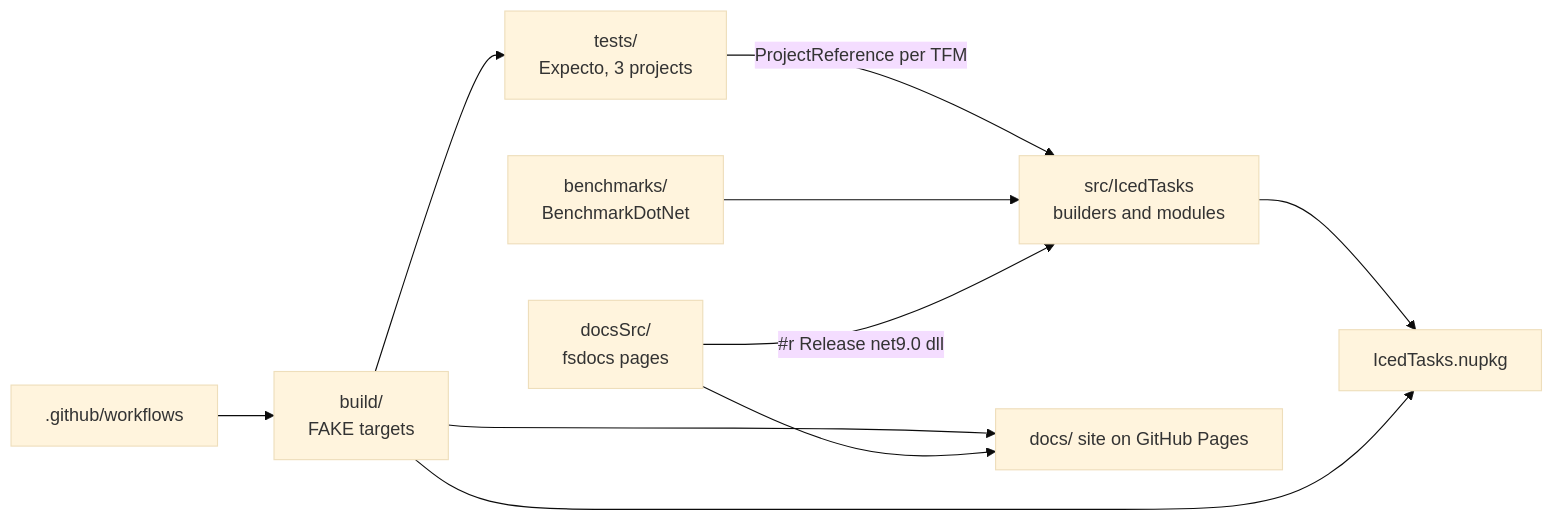
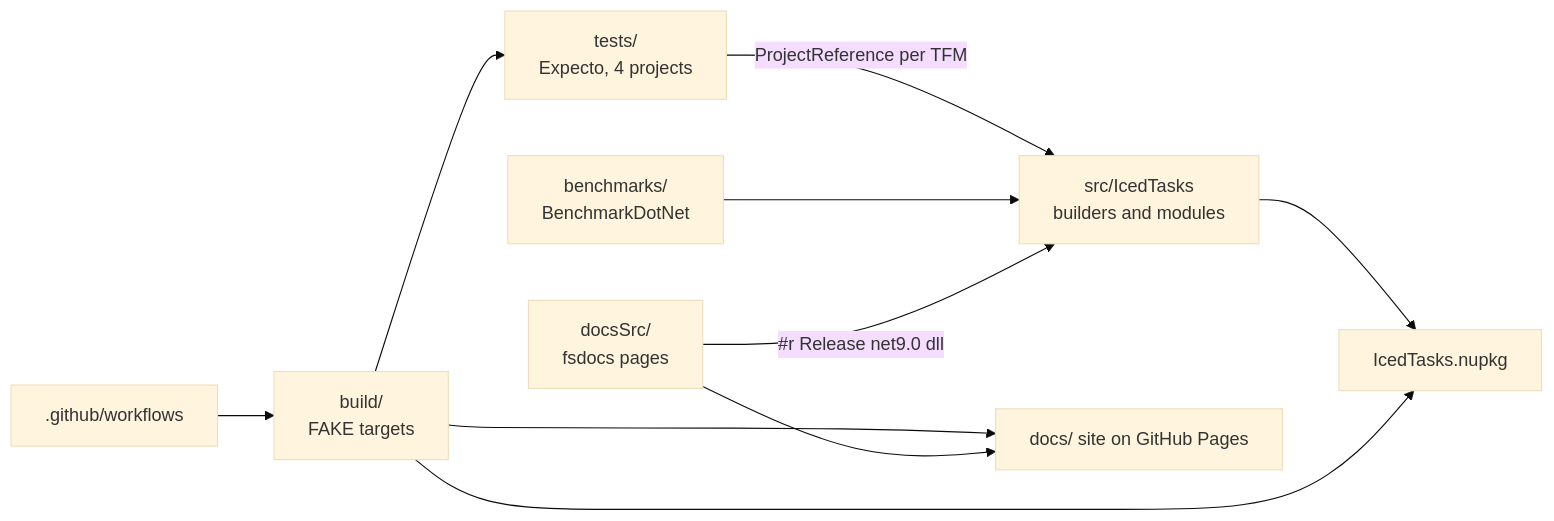
Before and after one commit to TheAngryByrd/IcedTasks: the diagram in lode/summary.md, drawn with Mermaid (base theme). The commit also changed 51 other files, not shown here.

````diff
--- a/lode/summary.md
+++ b/lode/summary.md
@@ -17,12 +17,12 @@
 ```mermaid
 flowchart LR
     src["src/IcedTasks<br/>builders and modules"] --> pkg["IcedTasks.nupkg"]
-    tests["tests/<br/>Expecto, 3 projects"] -->|"ProjectReference per TFM"| src
+    tests["tests/<br/>Expecto, 4 projects"] -->|"ProjectReference per TFM"| src
     bench["benchmarks/<br/>BenchmarkDotNet"] --> src
     docs["docsSrc/<br/>fsdocs pages"] -->|"#r Release net9.0 dll"| src
     build["build/<br/>FAKE targets"] --> tests
     build --> pkg
     build --> site["docs/ site on GitHub Pages"]
     docs --> site
     ci[".github/workflows"] --> build
 ```
````
